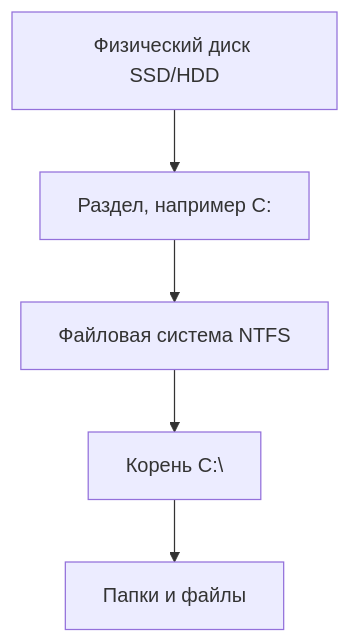
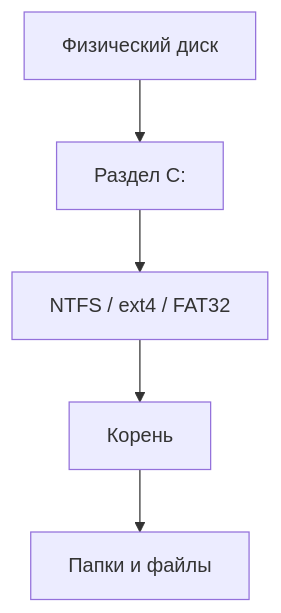
The third of 8 diagrams in docs/encyclopedia/1-basics/1-035-bazovaya-informatika/5.md (Spirzen/it-knowledge-base), drawn with Mermaid before and after one commit. The commit also changed other lines of this file and 301 other files, not shown here.

````diff
--- a/docs/encyclopedia/1-basics/1-035-bazovaya-informatika/5.md
+++ b/docs/encyclopedia/1-basics/1-035-bazovaya-informatika/5.md
@@ -179,7 +293,7 @@
 ```mermaid
 flowchart TB
-    DISK[Физический диск SSD/HDD] --> PART[Раздел, например C:]
-    PART --> FS[Файловая система NTFS]
-    FS --> ROOT[Корень C:\]
+    DISK[Физический диск] --> PART[Раздел C:]
+    PART --> FS[NTFS / ext4 / FAT32]
+    FS --> ROOT[Корень]
     ROOT --> TREE[Папки и файлы]
 ```
````
